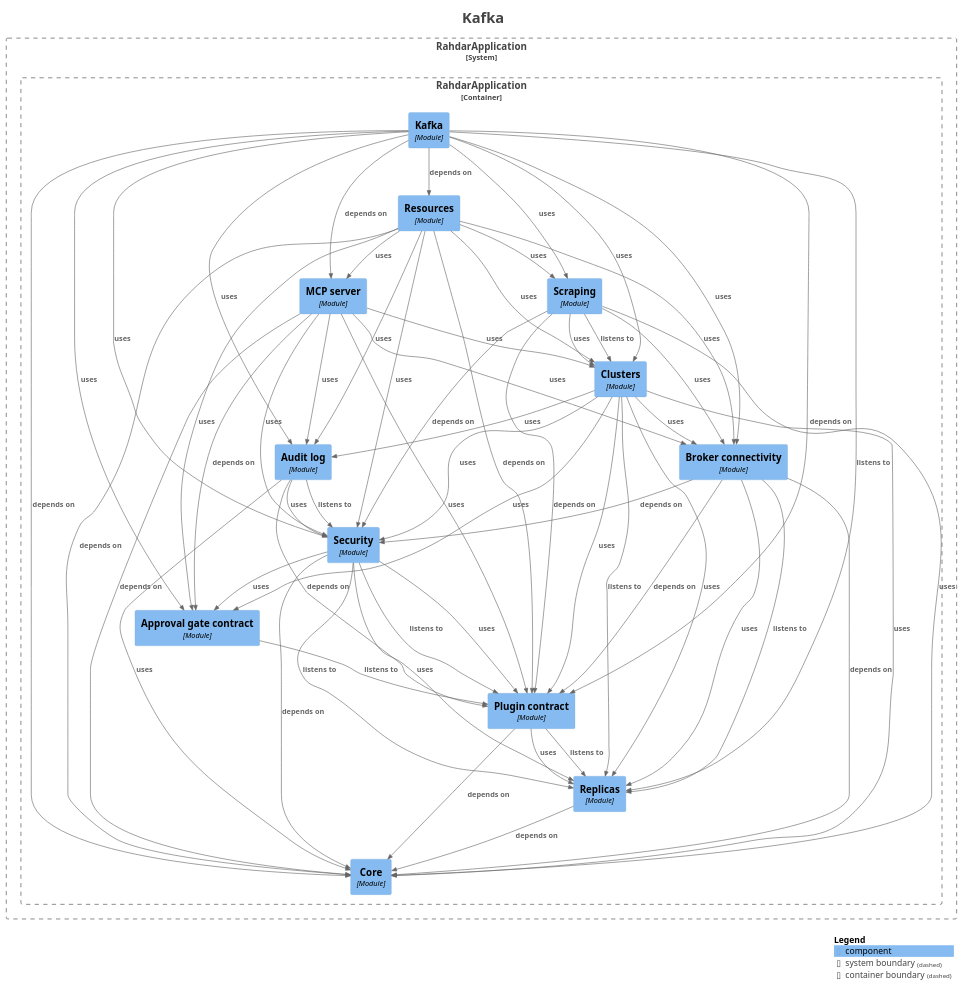
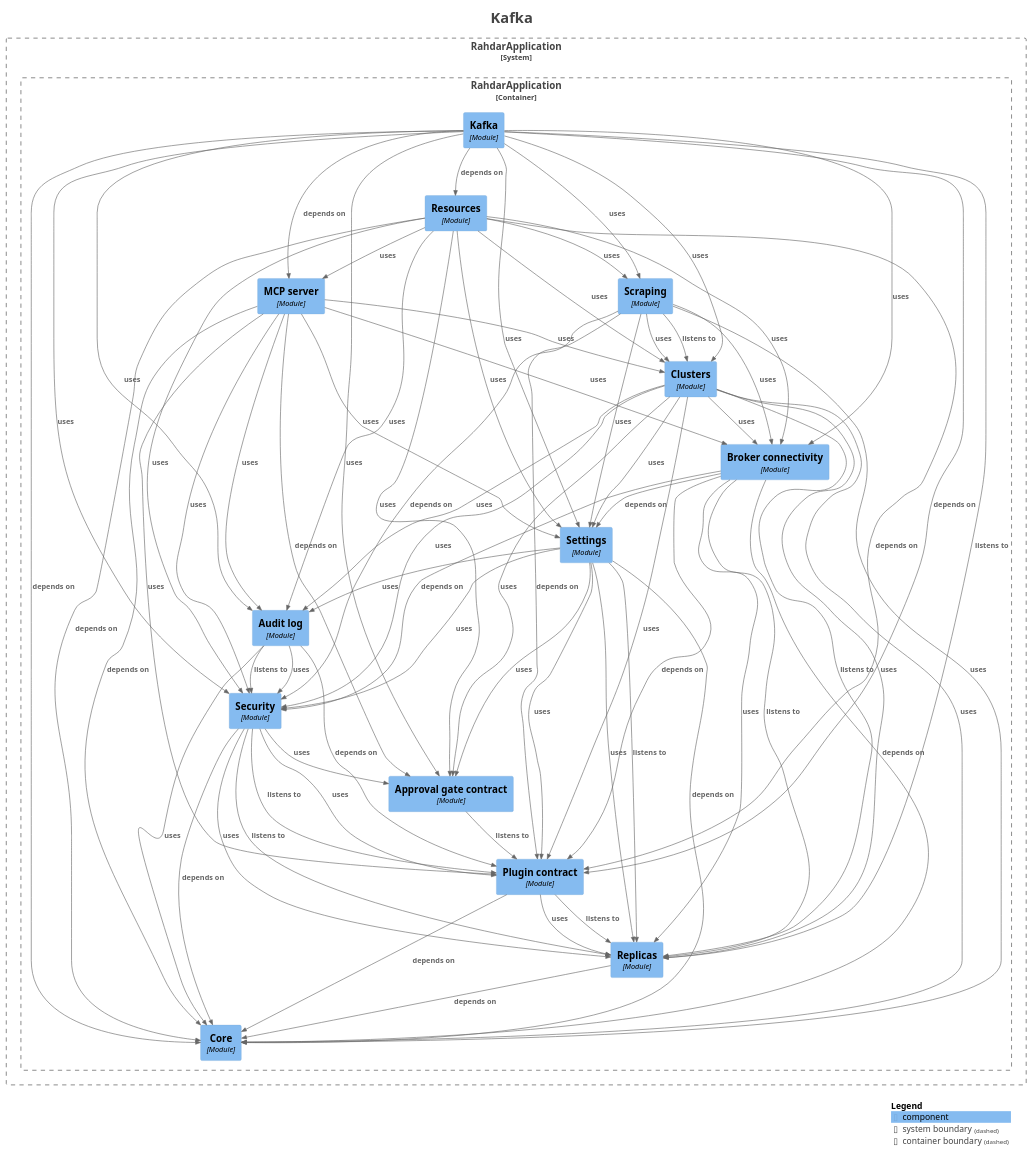
One commit to sudoitir/rahdar changed the diagram in docs/modules/module-system.kafka.puml. Above: the diagram before and after it, drawn with PlantUML. The commit also changed 2 other files, not shown here.

Commit message:
docs: show that Kafka reads the safety-cap setting
The module diagram names the topic lifecycle and the settings it uses for the bulk safety cap.

```diff
--- a/docs/modules/module-system.kafka.puml
+++ b/docs/modules/module-system.kafka.puml
@@ -1,100 +1,114 @@
 @startuml
 title <size:24>Kafka</size>
 
 set separator none
 top to bottom direction
 
 <style>
   root {
     BackgroundColor: #ffffff
     FontColor: #444444
   }
 </style>
 
 !include <C4/C4>
 !include <C4/C4_Context>
 !include <C4/C4_Component>
 
 System_Boundary("RahdarApplication_boundary", "RahdarApplication", $tags="") {
   Container_Boundary("RahdarApplication.RahdarApplication_boundary", "RahdarApplication", $tags="") {
     Component(RahdarApplication.RahdarApplication.Approvalgatecontract, "Approval gate contract", $techn="Module", $descr="", $tags="", $link="")
     Component(RahdarApplication.RahdarApplication.Auditlog, "Audit log", $techn="Module", $descr="", $tags="", $link="")
     Component(RahdarApplication.RahdarApplication.Brokerconnectivity, "Broker connectivity", $techn="Module", $descr="", $tags="", $link="")
     Component(RahdarApplication.RahdarApplication.Clusters, "Clusters", $techn="Module", $descr="", $tags="", $link="")
     Component(RahdarApplication.RahdarApplication.Core, "Core", $techn="Module", $descr="", $tags="", $link="")
     Component(RahdarApplication.RahdarApplication.Kafka, "Kafka", $techn="Module", $descr="", $tags="", $link="")
     Component(RahdarApplication.RahdarApplication.MCPserver, "MCP server", $techn="Module", $descr="", $tags="", $link="")
     Component(RahdarApplication.RahdarApplication.Plugincontract, "Plugin contract", $techn="Module", $descr="", $tags="", $link="")
     Component(RahdarApplication.RahdarApplication.Replicas, "Replicas", $techn="Module", $descr="", $tags="", $link="")
     Component(RahdarApplication.RahdarApplication.Resources, "Resources", $techn="Module", $descr="", $tags="", $link="")
     Component(RahdarApplication.RahdarApplication.Scraping, "Scraping", $techn="Module", $descr="", $tags="", $link="")
     Component(RahdarApplication.RahdarApplication.Security, "Security", $techn="Module", $descr="", $tags="", $link="")
+    Component(RahdarApplication.RahdarApplication.Settings, "Settings", $techn="Module", $descr="", $tags="", $link="")
   }
 
 }
 
 Rel(RahdarApplication.RahdarApplication.Approvalgatecontract, RahdarApplication.RahdarApplication.Plugincontract, "listens to", $techn="", $tags="", $link="")
 Rel(RahdarApplication.RahdarApplication.Auditlog, RahdarApplication.RahdarApplication.Core, "uses", $techn="", $tags="", $link="")
 Rel(RahdarApplication.RahdarApplication.Auditlog, RahdarApplication.RahdarApplication.Plugincontract, "depends on", $techn="", $tags="", $link="")
 Rel(RahdarApplication.RahdarApplication.Auditlog, RahdarApplication.RahdarApplication.Security, "listens to", $techn="", $tags="", $link="")
 Rel(RahdarApplication.RahdarApplication.Auditlog, RahdarApplication.RahdarApplication.Security, "uses", $techn="", $tags="", $link="")
 Rel(RahdarApplication.RahdarApplication.Brokerconnectivity, RahdarApplication.RahdarApplication.Core, "depends on", $techn="", $tags="", $link="")
 Rel(RahdarApplication.RahdarApplication.Brokerconnectivity, RahdarApplication.RahdarApplication.Plugincontract, "depends on", $techn="", $tags="", $link="")
 Rel(RahdarApplication.RahdarApplication.Brokerconnectivity, RahdarApplication.RahdarApplication.Replicas, "listens to", $techn="", $tags="", $link="")
 Rel(RahdarApplication.RahdarApplication.Brokerconnectivity, RahdarApplication.RahdarApplication.Replicas, "uses", $techn="", $tags="", $link="")
 Rel(RahdarApplication.RahdarApplication.Brokerconnectivity, RahdarApplication.RahdarApplication.Security, "depends on", $techn="", $tags="", $link="")
+Rel(RahdarApplication.RahdarApplication.Brokerconnectivity, RahdarApplication.RahdarApplication.Settings, "depends on", $techn="", $tags="", $link="")
 Rel(RahdarApplication.RahdarApplication.Clusters, RahdarApplication.RahdarApplication.Approvalgatecontract, "uses", $techn="", $tags="", $link="")
 Rel(RahdarApplication.RahdarApplication.Clusters, RahdarApplication.RahdarApplication.Auditlog, "uses", $techn="", $tags="", $link="")
 Rel(RahdarApplication.RahdarApplication.Clusters, RahdarApplication.RahdarApplication.Brokerconnectivity, "uses", $techn="", $tags="", $link="")
 Rel(RahdarApplication.RahdarApplication.Clusters, RahdarApplication.RahdarApplication.Core, "uses", $techn="", $tags="", $link="")
 Rel(RahdarApplication.RahdarApplication.Clusters, RahdarApplication.RahdarApplication.Plugincontract, "uses", $techn="", $tags="", $link="")
 Rel(RahdarApplication.RahdarApplication.Clusters, RahdarApplication.RahdarApplication.Replicas, "listens to", $techn="", $tags="", $link="")
 Rel(RahdarApplication.RahdarApplication.Clusters, RahdarApplication.RahdarApplication.Replicas, "uses", $techn="", $tags="", $link="")
 Rel(RahdarApplication.RahdarApplication.Clusters, RahdarApplication.RahdarApplication.Security, "uses", $techn="", $tags="", $link="")
+Rel(RahdarApplication.RahdarApplication.Clusters, RahdarApplication.RahdarApplication.Settings, "uses", $techn="", $tags="", $link="")
 Rel(RahdarApplication.RahdarApplication.Kafka, RahdarApplication.RahdarApplication.Approvalgatecontract, "uses", $techn="", $tags="", $link="")
 Rel(RahdarApplication.RahdarApplication.Kafka, RahdarApplication.RahdarApplication.Auditlog, "uses", $techn="", $tags="", $link="")
 Rel(RahdarApplication.RahdarApplication.Kafka, RahdarApplication.RahdarApplication.Brokerconnectivity, "uses", $techn="", $tags="", $link="")
 Rel(RahdarApplication.RahdarApplication.Kafka, RahdarApplication.RahdarApplication.Clusters, "uses", $techn="", $tags="", $link="")
 Rel(RahdarApplication.RahdarApplication.Kafka, RahdarApplication.RahdarApplication.Core, "depends on", $techn="", $tags="", $link="")
 Rel(RahdarApplication.RahdarApplication.Kafka, RahdarApplication.RahdarApplication.MCPserver, "depends on", $techn="", $tags="", $link="")
 Rel(RahdarApplication.RahdarApplication.Kafka, RahdarApplication.RahdarApplication.Plugincontract, "depends on", $techn="", $tags="", $link="")
 Rel(RahdarApplication.RahdarApplication.Kafka, RahdarApplication.RahdarApplication.Replicas, "listens to", $techn="", $tags="", $link="")
 Rel(RahdarApplication.RahdarApplication.Kafka, RahdarApplication.RahdarApplication.Resources, "depends on", $techn="", $tags="", $link="")
 Rel(RahdarApplication.RahdarApplication.Kafka, RahdarApplication.RahdarApplication.Scraping, "uses", $techn="", $tags="", $link="")
 Rel(RahdarApplication.RahdarApplication.Kafka, RahdarApplication.RahdarApplication.Security, "uses", $techn="", $tags="", $link="")
+Rel(RahdarApplication.RahdarApplication.Kafka, RahdarApplication.RahdarApplication.Settings, "uses", $techn="", $tags="", $link="")
 Rel(RahdarApplication.RahdarApplication.MCPserver, RahdarApplication.RahdarApplication.Approvalgatecontract, "depends on", $techn="", $tags="", $link="")
 Rel(RahdarApplication.RahdarApplication.MCPserver, RahdarApplication.RahdarApplication.Auditlog, "uses", $techn="", $tags="", $link="")
 Rel(RahdarApplication.RahdarApplication.MCPserver, RahdarApplication.RahdarApplication.Brokerconnectivity, "uses", $techn="", $tags="", $link="")
 Rel(RahdarApplication.RahdarApplication.MCPserver, RahdarApplication.RahdarApplication.Clusters, "uses", $techn="", $tags="", $link="")
 Rel(RahdarApplication.RahdarApplication.MCPserver, RahdarApplication.RahdarApplication.Core, "depends on", $techn="", $tags="", $link="")
 Rel(RahdarApplication.RahdarApplication.MCPserver, RahdarApplication.RahdarApplication.Plugincontract, "uses", $techn="", $tags="", $link="")
 Rel(RahdarApplication.RahdarApplication.MCPserver, RahdarApplication.RahdarApplication.Security, "uses", $techn="", $tags="", $link="")
+Rel(RahdarApplication.RahdarApplication.MCPserver, RahdarApplication.RahdarApplication.Settings, "uses", $techn="", $tags="", $link="")
 Rel(RahdarApplication.RahdarApplication.Plugincontract, RahdarApplication.RahdarApplication.Core, "depends on", $techn="", $tags="", $link="")
 Rel(RahdarApplication.RahdarApplication.Plugincontract, RahdarApplication.RahdarApplication.Replicas, "listens to", $techn="", $tags="", $link="")
 Rel(RahdarApplication.RahdarApplication.Plugincontract, RahdarApplication.RahdarApplication.Replicas, "uses", $techn="", $tags="", $link="")
 Rel(RahdarApplication.RahdarApplication.Replicas, RahdarApplication.RahdarApplication.Core, "depends on", $techn="", $tags="", $link="")
 Rel(RahdarApplication.RahdarApplication.Resources, RahdarApplication.RahdarApplication.Approvalgatecontract, "uses", $techn="", $tags="", $link="")
 Rel(RahdarApplication.RahdarApplication.Resources, RahdarApplication.RahdarApplication.Auditlog, "uses", $techn="", $tags="", $link="")
 Rel(RahdarApplication.RahdarApplication.Resources, RahdarApplication.RahdarApplication.Brokerconnectivity, "uses", $techn="", $tags="", $link="")
 Rel(RahdarApplication.RahdarApplication.Resources, RahdarApplication.RahdarApplication.Clusters, "uses", $techn="", $tags="", $link="")
 Rel(RahdarApplication.RahdarApplication.Resources, RahdarApplication.RahdarApplication.Core, "depends on", $techn="", $tags="", $link="")
 Rel(RahdarApplication.RahdarApplication.Resources, RahdarApplication.RahdarApplication.MCPserver, "uses", $techn="", $tags="", $link="")
 Rel(RahdarApplication.RahdarApplication.Resources, RahdarApplication.RahdarApplication.Plugincontract, "depends on", $techn="", $tags="", $link="")
 Rel(RahdarApplication.RahdarApplication.Resources, RahdarApplication.RahdarApplication.Scraping, "uses", $techn="", $tags="", $link="")
 Rel(RahdarApplication.RahdarApplication.Resources, RahdarApplication.RahdarApplication.Security, "uses", $techn="", $tags="", $link="")
+Rel(RahdarApplication.RahdarApplication.Resources, RahdarApplication.RahdarApplication.Settings, "uses", $techn="", $tags="", $link="")
 Rel(RahdarApplication.RahdarApplication.Scraping, RahdarApplication.RahdarApplication.Brokerconnectivity, "uses", $techn="", $tags="", $link="")
 Rel(RahdarApplication.RahdarApplication.Scraping, RahdarApplication.RahdarApplication.Clusters, "listens to", $techn="", $tags="", $link="")
 Rel(RahdarApplication.RahdarApplication.Scraping, RahdarApplication.RahdarApplication.Clusters, "uses", $techn="", $tags="", $link="")
 Rel(RahdarApplication.RahdarApplication.Scraping, RahdarApplication.RahdarApplication.Core, "uses", $techn="", $tags="", $link="")
 Rel(RahdarApplication.RahdarApplication.Scraping, RahdarApplication.RahdarApplication.Plugincontract, "depends on", $techn="", $tags="", $link="")
 Rel(RahdarApplication.RahdarApplication.Scraping, RahdarApplication.RahdarApplication.Security, "depends on", $techn="", $tags="", $link="")
+Rel(RahdarApplication.RahdarApplication.Scraping, RahdarApplication.RahdarApplication.Settings, "uses", $techn="", $tags="", $link="")
 Rel(RahdarApplication.RahdarApplication.Security, RahdarApplication.RahdarApplication.Approvalgatecontract, "uses", $techn="", $tags="", $link="")
 Rel(RahdarApplication.RahdarApplication.Security, RahdarApplication.RahdarApplication.Core, "depends on", $techn="", $tags="", $link="")
 Rel(RahdarApplication.RahdarApplication.Security, RahdarApplication.RahdarApplication.Plugincontract, "listens to", $techn="", $tags="", $link="")
 Rel(RahdarApplication.RahdarApplication.Security, RahdarApplication.RahdarApplication.Plugincontract, "uses", $techn="", $tags="", $link="")
 Rel(RahdarApplication.RahdarApplication.Security, RahdarApplication.RahdarApplication.Replicas, "listens to", $techn="", $tags="", $link="")
 Rel(RahdarApplication.RahdarApplication.Security, RahdarApplication.RahdarApplication.Replicas, "uses", $techn="", $tags="", $link="")
+Rel(RahdarApplication.RahdarApplication.Settings, RahdarApplication.RahdarApplication.Approvalgatecontract, "uses", $techn="", $tags="", $link="")
+Rel(RahdarApplication.RahdarApplication.Settings, RahdarApplication.RahdarApplication.Auditlog, "uses", $techn="", $tags="", $link="")
+Rel(RahdarApplication.RahdarApplication.Settings, RahdarApplication.RahdarApplication.Core, "depends on", $techn="", $tags="", $link="")
+Rel(RahdarApplication.RahdarApplication.Settings, RahdarApplication.RahdarApplication.Plugincontract, "uses", $techn="", $tags="", $link="")
+Rel(RahdarApplication.RahdarApplication.Settings, RahdarApplication.RahdarApplication.Replicas, "listens to", $techn="", $tags="", $link="")
+Rel(RahdarApplication.RahdarApplication.Settings, RahdarApplication.RahdarApplication.Replicas, "uses", $techn="", $tags="", $link="")
+Rel(RahdarApplication.RahdarApplication.Settings, RahdarApplication.RahdarApplication.Security, "uses", $techn="", $tags="", $link="")
 
 SHOW_LEGEND(true)
 hide stereotypes
 @enduml
```
